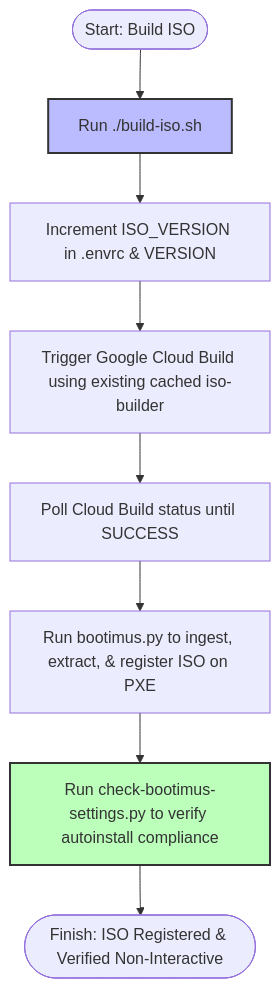
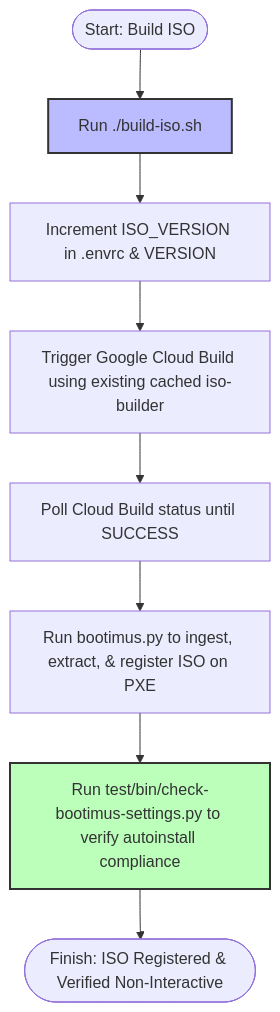
The second of 3 diagrams in docs/DEVELOPMENT.md (mike-ensor/gdc-disk-provisioner-gh), drawn with Mermaid before and after one commit. The commit also changed other lines of this file and 58 other files, not shown here.

````diff
--- a/docs/DEVELOPMENT.md
+++ b/docs/DEVELOPMENT.md
@@ -165,13 +165,13 @@
 ```mermaid
 graph TD
     Start([Start: Build ISO]) --> Step1[Run ./build-iso.sh]
     Step1 --> Step2[Increment ISO_VERSION in .envrc & VERSION]
     Step2 --> Step3[Trigger Google Cloud Build using existing cached iso-builder]
     Step3 --> Step4[Poll Cloud Build status until SUCCESS]
     Step4 --> Step5[Run bootimus.py to ingest, extract, & register ISO on PXE]
-    Step5 --> Step6[Run check-bootimus-settings.py to verify autoinstall compliance]
+    Step5 --> Step6[Run test/bin/check-bootimus-settings.py to verify autoinstall compliance]
     Step6 --> End([Finish: ISO Registered & Verified Non-Interactive])
 
     style Step1 fill:#bbf,stroke:#333,stroke-width:2px
     style Step6 fill:#bfb,stroke:#333,stroke-width:2px
 ```
````
